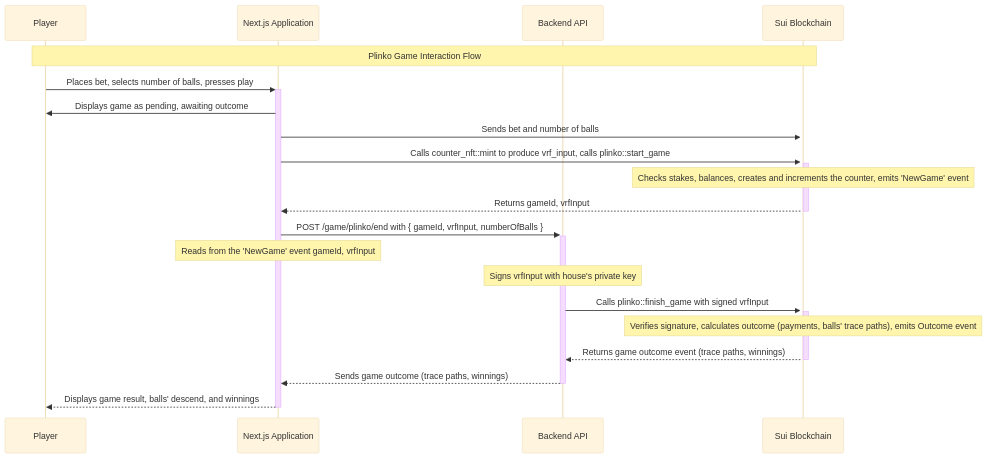
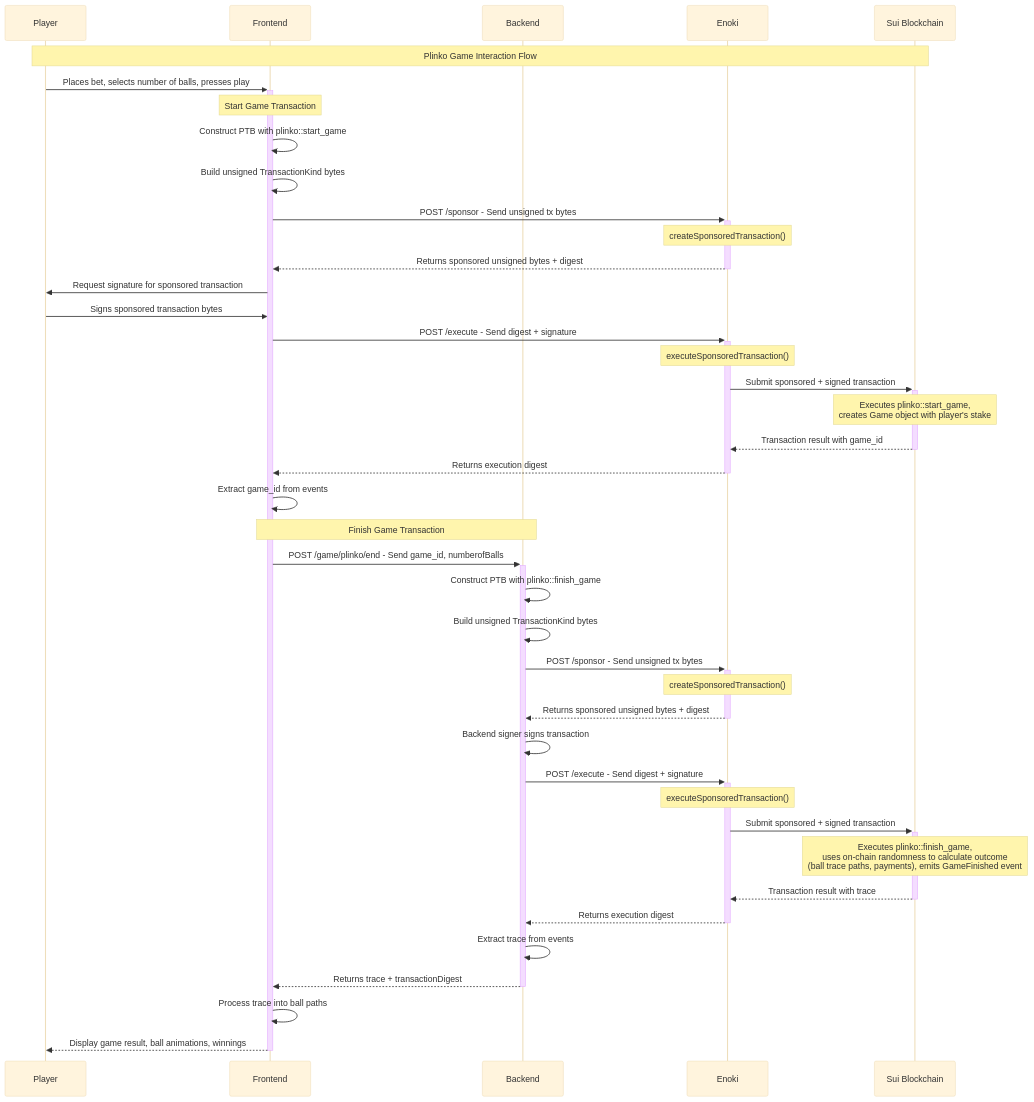
Before and after one commit to MystenLabs/sui: the diagram in docs/content/guides/developer/app-examples/plinko.mdx, drawn with Mermaid (base theme). The commit also changed other lines of this file and 4293 other files, not shown here.

````diff
--- a/docs/content/guides/developer/app-examples/plinko.mdx
+++ b/docs/content/guides/developer/app-examples/plinko.mdx
@@ -26,24 +29,47 @@
 ```mermaid
 sequenceDiagram
     participant Player as Player
-    participant UI as Next.js Application
-    participant API as Backend API
+    participant FE as Frontend
+    participant BE as Backend
+    participant Enoki as Enoki
     participant Blockchain as Sui Blockchain
 
     Note over Player, Blockchain: Plinko Game Interaction Flow
 
-    Player->>+UI: Places bet, selects number of balls, presses play
-    UI->>Player: Displays game as pending, awaiting outcome
-    UI->>+Blockchain: Sends bet and number of balls
-    UI->>+Blockchain: Calls counter_nft::mint to produce vrf_input, calls plinko::start_game
-    Note over Blockchain: Checks stakes, balances, creates and increments the counter, emits 'NewGame' event
-    Blockchain-->>-UI: Returns gameId, vrfInput
-    UI->>+API: POST /game/plinko/end with { gameId, vrfInput, numberOfBalls }
-    Note over UI: Reads from the 'NewGame' event gameId, vrfInput
-    Note over API: Signs vrfInput with house's private key
-    API->>+Blockchain: Calls plinko::finish_game with signed vrfInput
-    Note over Blockchain: Verifies signature, calculates outcome (payments, balls' trace paths), emits Outcome event
-    Blockchain-->>-API: Returns game outcome event (trace paths, winnings)
-    API-->>-UI: Sends game outcome (trace paths, winnings)
-    UI-->>-Player: Displays game result, balls' descend, and winnings
+    Player->>+FE: Places bet, selects number of balls, presses play
+
+    Note over FE: Start Game Transaction
+    FE->>FE: Construct PTB with plinko::start_game
+    FE->>FE: Build unsigned TransactionKind bytes
+    FE->>+Enoki: POST /sponsor - Send unsigned tx bytes
+    Note over Enoki: createSponsoredTransaction()
+    Enoki-->>-FE: Returns sponsored unsigned bytes + digest
+    FE->>Player: Request signature for sponsored transaction
+    Player->>FE: Signs sponsored transaction bytes
+    FE->>+Enoki: POST /execute - Send digest + signature
+    Note over Enoki: executeSponsoredTransaction()
+    Enoki->>+Blockchain: Submit sponsored + signed transaction
+    Note over Blockchain: Executes plinko::start_game,<br/>creates Game object with player's stake
+    Blockchain-->>-Enoki: Transaction result with game_id
+    Enoki-->>-FE: Returns execution digest
+    FE->>FE: Extract game_id from events
+
+    Note over FE,BE: Finish Game Transaction
+    FE->>+BE: POST /game/plinko/end - Send game_id, numberofBalls
+    BE->>BE: Construct PTB with plinko::finish_game
+    BE->>BE: Build unsigned TransactionKind bytes
+    BE->>+Enoki: POST /sponsor - Send unsigned tx bytes
+    Note over Enoki: createSponsoredTransaction()
+    Enoki-->>-BE: Returns sponsored unsigned bytes + digest
+    BE->>BE: Backend signer signs transaction
+    BE->>+Enoki: POST /execute - Send digest + signature
+    Note over Enoki: executeSponsoredTransaction()
+    Enoki->>+Blockchain: Submit sponsored + signed transaction
+    Note over Blockchain: Executes plinko::finish_game,<br/>uses on-chain randomness to calculate outcome<br/>(ball trace paths, payments), emits GameFinished event
+    Blockchain-->>-Enoki: Transaction result with trace
+    Enoki-->>-BE: Returns execution digest
+    BE->>BE: Extract trace from events
+    BE-->>-FE: Returns trace + transactionDigest
+    FE->>FE: Process trace into ball paths
+    FE-->>-Player: Display game result, ball animations, winnings
 ```
````
